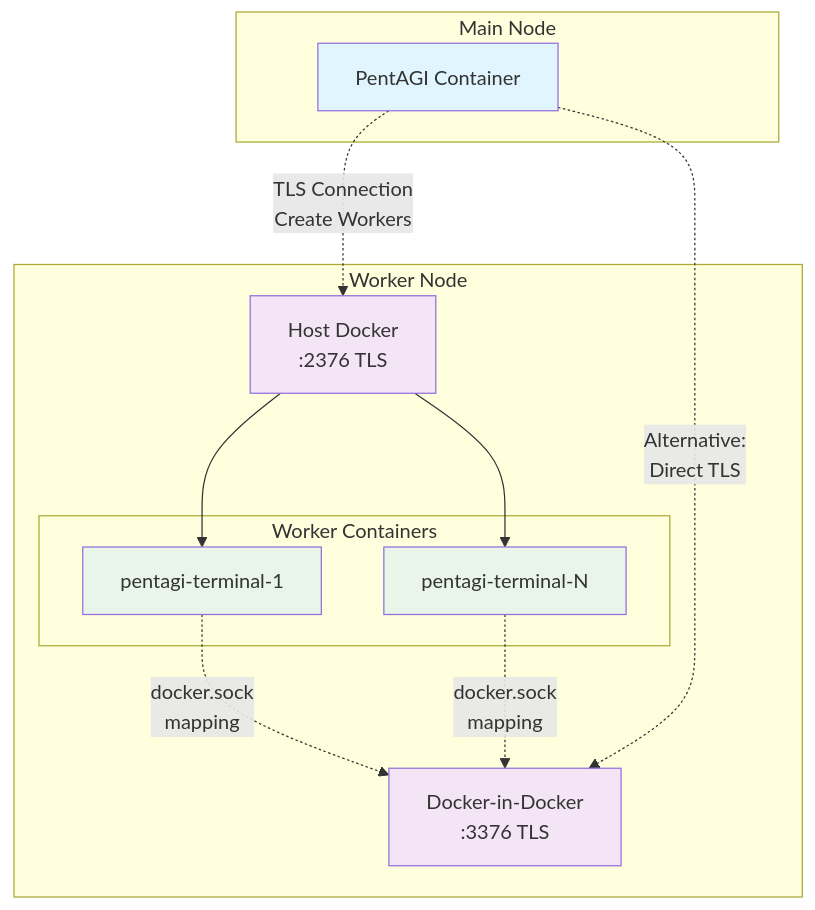
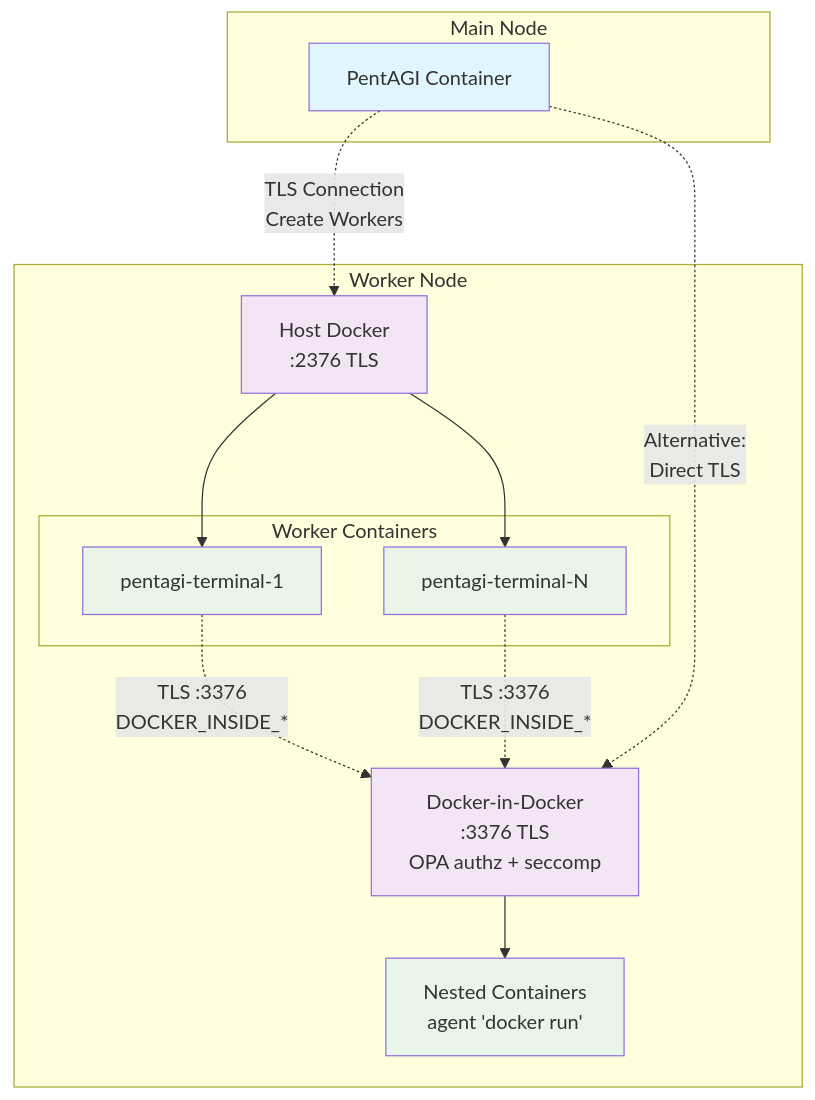
Before and after one commit to vxcontrol/pentagi: the diagram in examples/guides/worker_node.md, drawn with Mermaid. The commit also changed other lines of this file and 12 other files, not shown here.

````diff
--- a/examples/guides/worker_node.md
+++ b/examples/guides/worker_node.md
@@ -7,32 +7,35 @@
 ```mermaid
 graph TB
     subgraph "Main Node"
         PA[PentAGI Container]
     end
 
     subgraph "Worker Node"
         HD[Host Docker<br/>:2376 TLS]
-        DIND[Docker-in-Docker<br/>:3376 TLS]
+        DIND[Docker-in-Docker<br/>:3376 TLS<br/>OPA authz + seccomp]
 
         subgraph "Worker Containers"
             WC1[pentagi-terminal-1]
             WC2[pentagi-terminal-N]
         end
+
+        NC[Nested Containers<br/>agent 'docker run']
     end
 
     PA -.->|"TLS Connection<br/>Create Workers"| HD
     HD --> WC1
     HD --> WC2
-    WC1 -.->|"docker.sock<br/>mapping"| DIND
-    WC2 -.->|"docker.sock<br/>mapping"| DIND
+    WC1 -.->|"TLS :3376<br/>DOCKER_INSIDE_*"| DIND
+    WC2 -.->|"TLS :3376<br/>DOCKER_INSIDE_*"| DIND
+    DIND --> NC
 
     PA -.->|"Alternative:<br/>Direct TLS"| DIND
 
     classDef main fill:#e1f5fe
     classDef worker fill:#f3e5f5
     classDef container fill:#e8f5e8
 
     class PA main
     class HD,DIND worker
-    class WC1,WC2 container
+    class WC1,WC2,NC container
 ```
````
